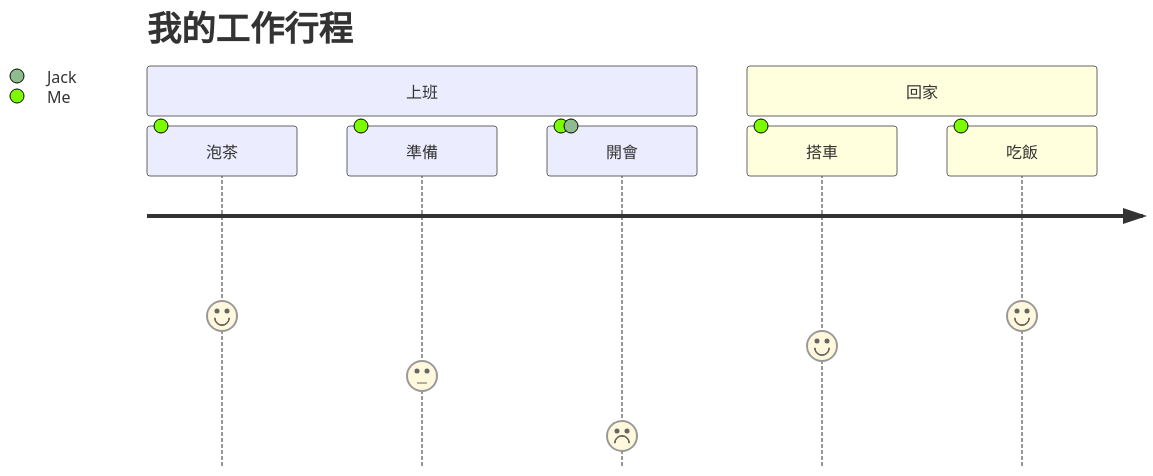
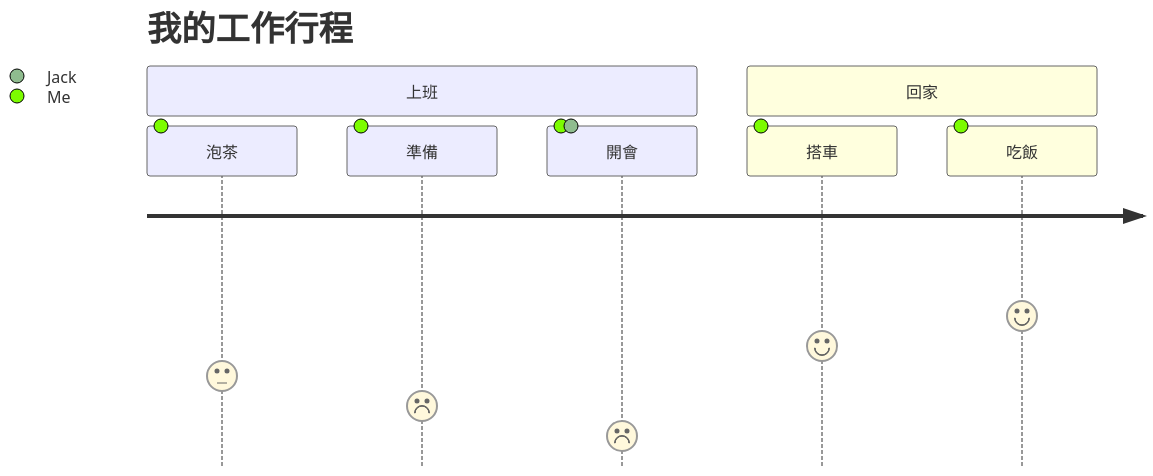
The seventh of 7 diagrams in README.md (OmniXRI/mermaid), drawn with Mermaid before and after one commit. The commit also changed other lines of this file, not shown here.

````diff
--- a/README.md
+++ b/README.md
@@ -182,11 +183,11 @@
 ```mermaid
 journey
     title 我的工作行程
     section 上班
-      泡茶: 5: Me
-      準備: 3: Me
+      泡茶: 3: Me
+      準備: 2: Me
       開會: 1: Me, Jack
     section 回家
       搭車: 4: Me
       吃飯: 5: Me
 ```
````
